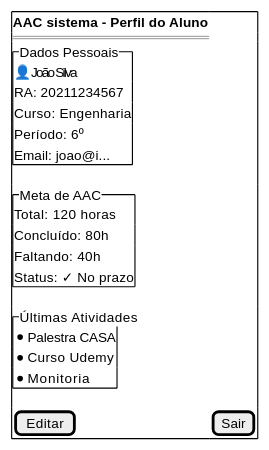
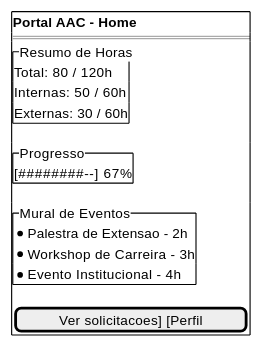
Before and after one commit to Projetos-de-Extensao/PECD1_26.1_8001_II: the fourth of 13 diagrams in docs/_Design Thinking/prototipo_baixa_fidelidade.md, drawn with PlantUML. The commit also changed other lines of this file, not shown here.

````diff
--- a/docs/_Design Thinking/prototipo_baixa_fidelidade.md
+++ b/docs/_Design Thinking/prototipo_baixa_fidelidade.md
@@ -44,27 +141,25 @@
 ```plantuml
 @startsalt
 {+
-<b>AAC sistema - Perfil do Aluno
+<b>Portal AAC - Home
 ==
-{^"Dados Pessoais"
-👤 João Silva
-RA: 20211234567
-Curso: Engenharia
-Período: 6º
-Email: joao@i...
+{^"Resumo de Horas"
+Total: 80 / 120h
+Internas: 50 / 60h
+Externas: 30 / 60h
 }
-{^"Meta de AAC"
-Total: 120 horas
-Concluído: 80h
-Faltando: 40h
-Status: ✓ No prazo
+
+{^"Progresso"
+[########--] 67%
 }
-{^"Últimas Atividades"
-* Palestra CASA
-* Curso Udemy
-* Monitoria
+
+{^"Mural de Eventos"
+* Palestra de Extensao - 2h
+* Workshop de Carreira - 3h
+* Evento Institucional - 4h
 }
-[Editar] | [Sair]
+
+[Ver solicitacoes] [Perfil]
 }
 @endsalt
 ```
````
